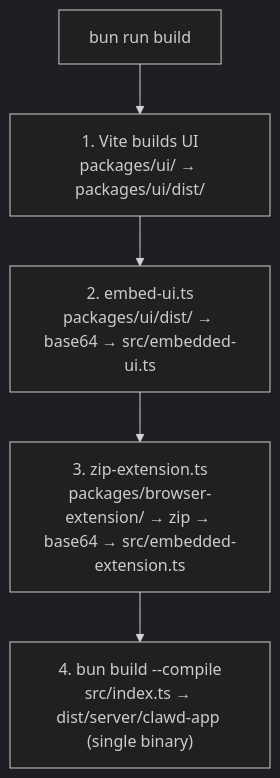
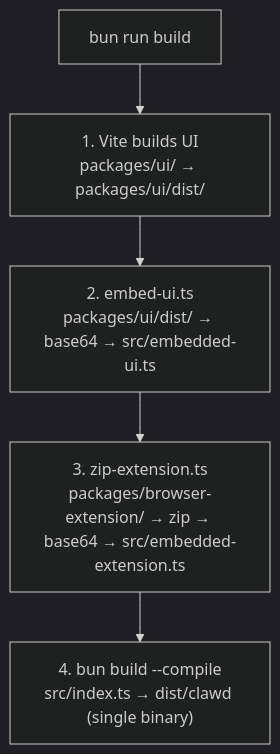
Before and after one commit to Tuanm/clawd: the eighth of 8 diagrams in docs/architecture.md, drawn with Mermaid (dark theme). The commit also changed other lines of this file and 16 other files, not shown here.

First line of the commit message:
refactor: rename binary from clawd-app to clawd

````diff
--- a/docs/architecture.md
+++ b/docs/architecture.md
@@ -2068,10 +2068,10 @@
 ```mermaid
 flowchart TD
     Start["bun run build"]
     S1["1. Vite builds UI\npackages/ui/ → packages/ui/dist/"]
     S2["2. embed-ui.ts\npackages/ui/dist/ → base64 → src/embedded-ui.ts"]
     S3["3. zip-extension.ts\npackages/browser-extension/ → zip → base64 → src/embedded-extension.ts"]
-    S4["4. bun build --compile\nsrc/index.ts → dist/server/clawd-app (single binary)"]
+    S4["4. bun build --compile\nsrc/index.ts → dist/clawd (single binary)"]
 
     Start --> S1 --> S2 --> S3 --> S4
 ```
````
